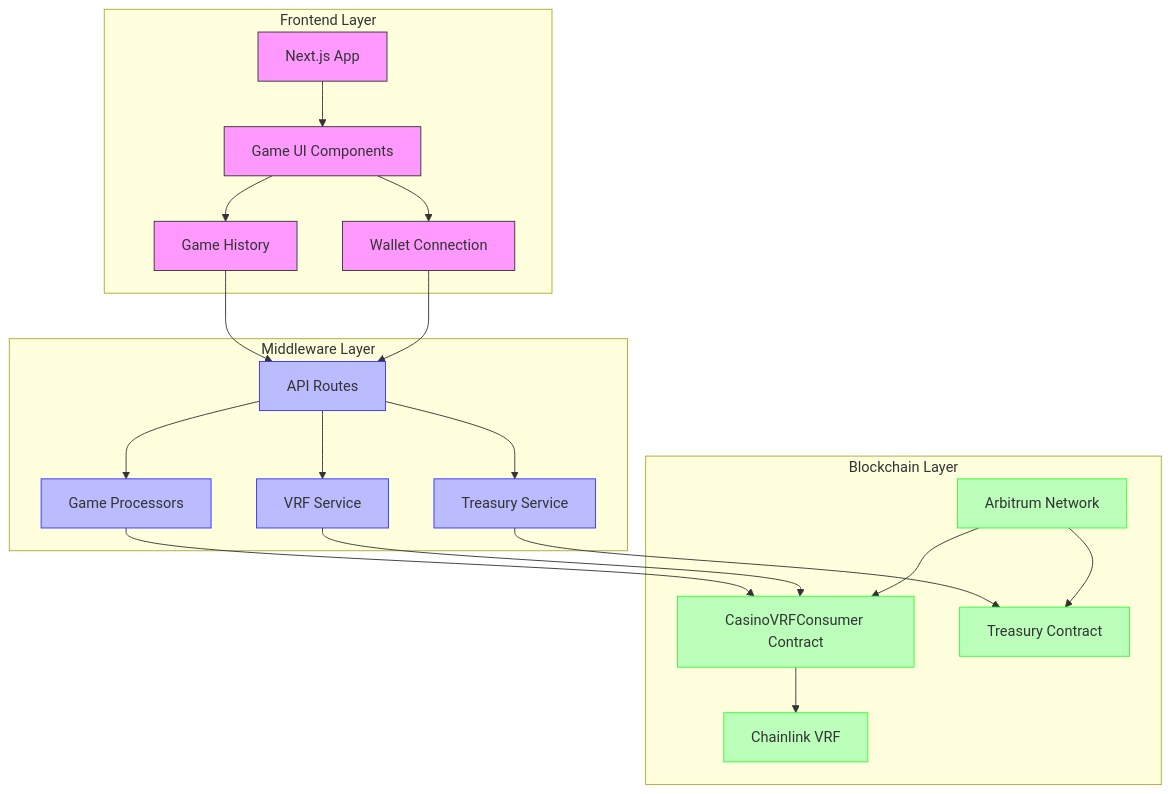
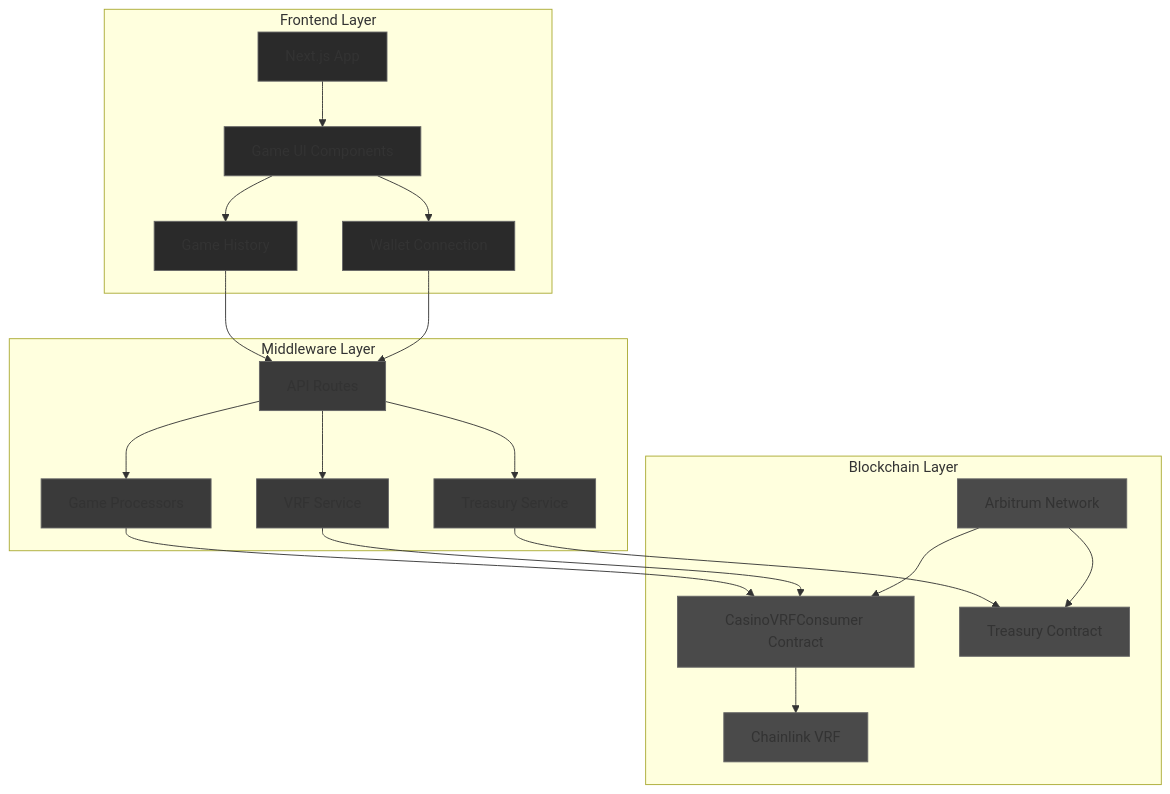
One commit to AmaanSayyad/APT-Casino-Arbitrum changed the second of 4 diagrams in README.md. Above: the diagram before and after it, drawn with Mermaid. The commit also changed other lines of this file, not shown here.

````diff
--- a/README.md
+++ b/README.md
@@ -127,34 +127,34 @@
 ```mermaid
 graph TB
     subgraph "Frontend Layer"
         A[Next.js App] --> B[Game UI Components]
         B --> C[Wallet Connection]
         B --> D[Game History]
     end
     
     subgraph "Middleware Layer"
         E[API Routes] --> F[VRF Service]
         E --> G[Game Processors]
         E --> H[Treasury Service]
     end
     
     subgraph "Blockchain Layer"
         I[Arbitrum Network] --> J[CasinoVRFConsumer Contract]
         J --> K[Chainlink VRF]
         I --> L[Treasury Contract]
     end
     
     C --> E
     D --> E
     F --> J
     G --> J
     H --> L
     
-    classDef frontend fill:#f9f,stroke:#333,stroke-width:1px
-    classDef middleware fill:#bbf,stroke:#33f,stroke-width:1px
-    classDef blockchain fill:#bfb,stroke:#3f3,stroke-width:1px
+    classDef frontend fill:#2a2a2a,stroke:#666,stroke-width:1px
+    classDef middleware fill:#3a3a3a,stroke:#666,stroke-width:1px
+    classDef blockchain fill:#4a4a4a,stroke:#666,stroke-width:1px
     
     class A,B,C,D frontend
     class E,F,G,H middleware
     class I,J,K,L blockchain
 ```
````
